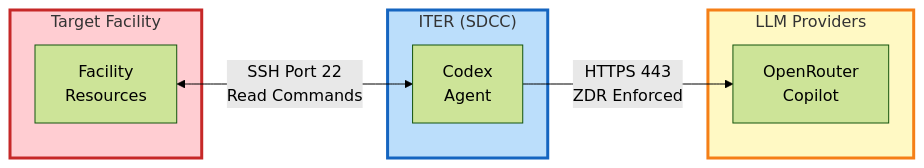
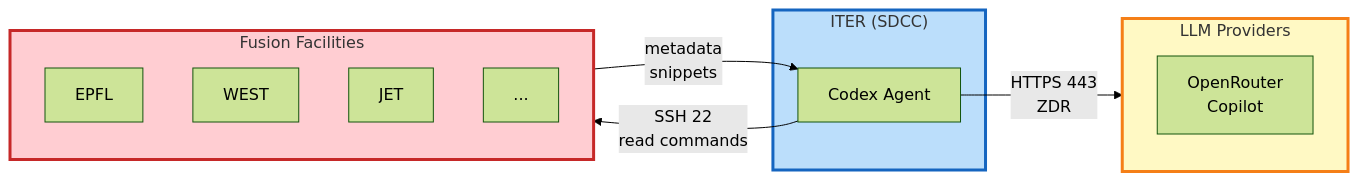
Before and after one commit to iterorganization/imas-mcp: the fourth of 8 diagrams in docs/architecture/facility-access-justification.md, drawn with Mermaid (forest theme). The commit also changed other lines of this file, not shown here.

First line of the commit message:
docs: improve facility access justification document

````diff
--- a/docs/architecture/facility-access-justification.md
+++ b/docs/architecture/facility-access-justification.md
@@ -132,27 +155,31 @@
 ```mermaid
 flowchart LR
-    subgraph FAC_NET["Target Facility"]
-        F["Facility
-        Resources"]
+    subgraph ITER_NET["ITER (SDCC)"]
+        S["Codex Agent"]
     end
     
-    subgraph ITER_NET["ITER (SDCC)"]
-        S["Codex
-        Agent"]
+    subgraph FACILITIES["Fusion Facilities"]
+        direction TB
+        EPFL["EPFL"]
+        WEST["WEST"]
+        JET["JET"]
+        MORE["..."]
     end
     
     subgraph LLM_NET["LLM Providers"]
         L["OpenRouter
         Copilot"]
     end
 
-    F <-->|"SSH Port 22
-    Read Commands"| S
+    S -->|"SSH 22
+    read commands"| FACILITIES
+    FACILITIES -->|"metadata
+    snippets"| S
     
     S -->|"HTTPS 443
-    ZDR Enforced"| L
+    ZDR"| LLM_NET
 
-    style FAC_NET fill:#ffcdd2,stroke:#c62828,stroke-width:3px
     style ITER_NET fill:#bbdefb,stroke:#1565c0,stroke-width:3px
+    style FACILITIES fill:#ffcdd2,stroke:#c62828,stroke-width:3px
     style LLM_NET fill:#fff9c4,stroke:#f57f17,stroke-width:3px
 ```
````
